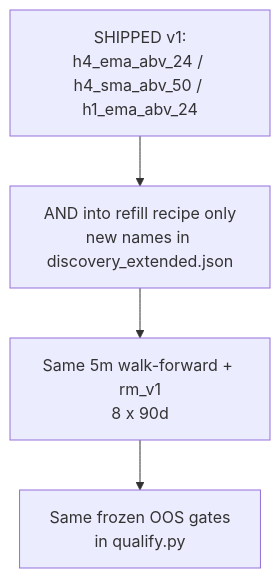
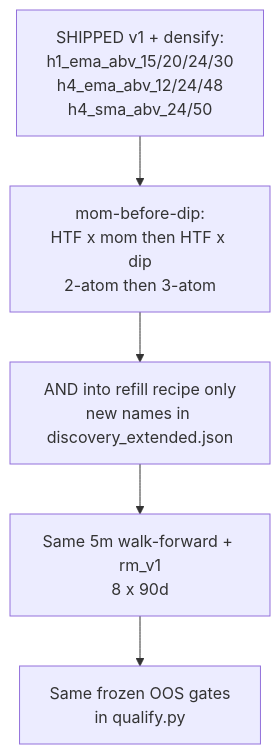
Before and after one commit to Runemark7/paper-trading-bot: the third of 3 diagrams in docs/WORKFLOW.md, drawn with Mermaid. The commit also changed other lines of this file and 8 other files, not shown here.

First line of the commit message:
Densify HTF×mom mint; emit mom before dip (frozen OOS gate) (#49)

````diff
--- a/docs/WORKFLOW.md
+++ b/docs/WORKFLOW.md
@@ -132,9 +138,10 @@
 ```mermaid
 flowchart TB
-  shipped["SHIPPED v1:\nh4_ema_abv_24 / h4_sma_abv_50 / h1_ema_abv_24"]
+  shipped["SHIPPED v1 + densify:\nh1_ema_abv_15/20/24/30\nh4_ema_abv_12/24/48\nh4_sma_abv_24/50"]
+  order["mom-before-dip:\nHTF x mom then HTF x dip\n2-atom then 3-atom"]
   mintOnly["AND into refill recipe only\nnew names in discovery_extended.json"]
   sameEval["Same 5m walk-forward + rm_v1\n8 x 90d"]
   sameGate["Same frozen OOS gates\nin qualify.py"]
 
-  shipped --> mintOnly --> sameEval --> sameGate
+  shipped --> order --> mintOnly --> sameEval --> sameGate
 ```
````
